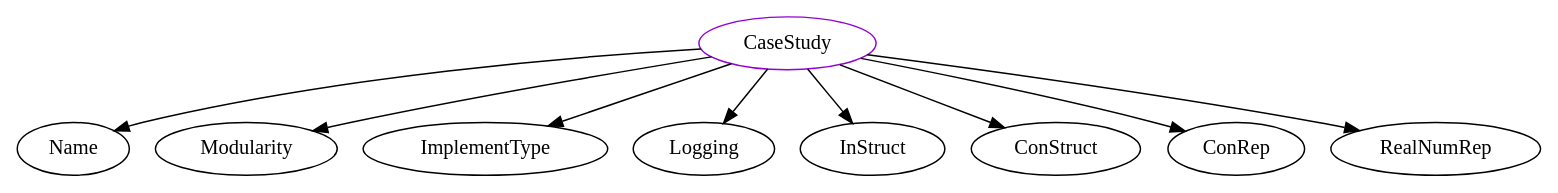
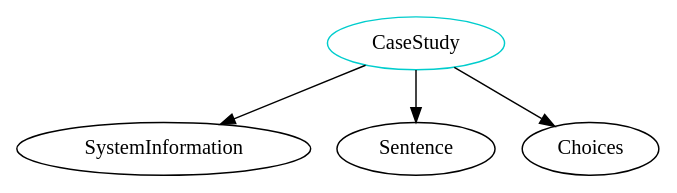
One commit to JacquesCarette/Drasil changed the diagram in analysis/TypeDependencyGraphs/website/CaseStudy.dot. Above: the diagram before and after it, drawn with Graphviz. The commit also changed 754 other files, not shown here.

```diff
--- a/analysis/TypeDependencyGraphs/website/CaseStudy.dot
+++ b/analysis/TypeDependencyGraphs/website/CaseStudy.dot
@@ -1,11 +1,6 @@
 digraph casestudy{
-CaseStudy -> Name;
-CaseStudy -> Modularity;
-CaseStudy -> ImplementType;
-CaseStudy -> Logging;
-CaseStudy -> InStruct;
-CaseStudy -> ConStruct;
-CaseStudy -> ConRep;
-CaseStudy -> RealNumRep;
-CaseStudy	[shape=oval, color=darkviolet, label="CaseStudy"];
+CaseStudy -> SystemInformation;
+CaseStudy -> Sentence;
+CaseStudy -> Choices;
+CaseStudy	[shape=oval, color=cyan3, label="CaseStudy"];
 }
```
